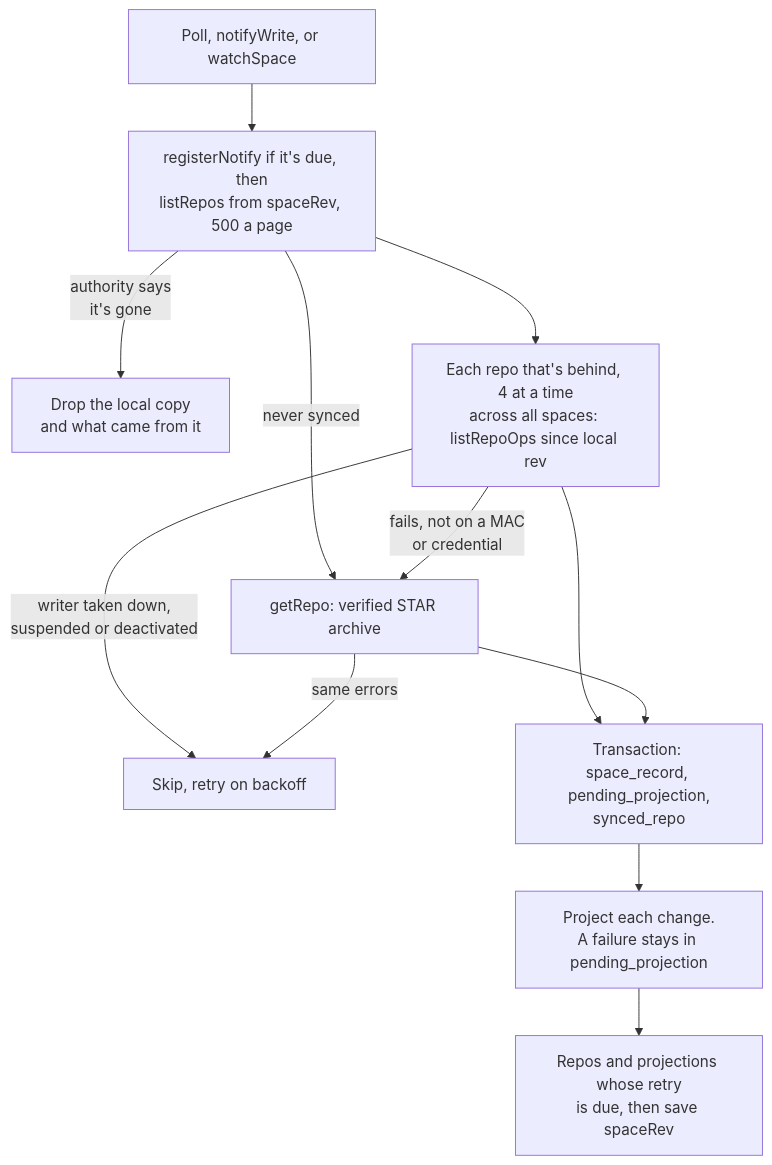
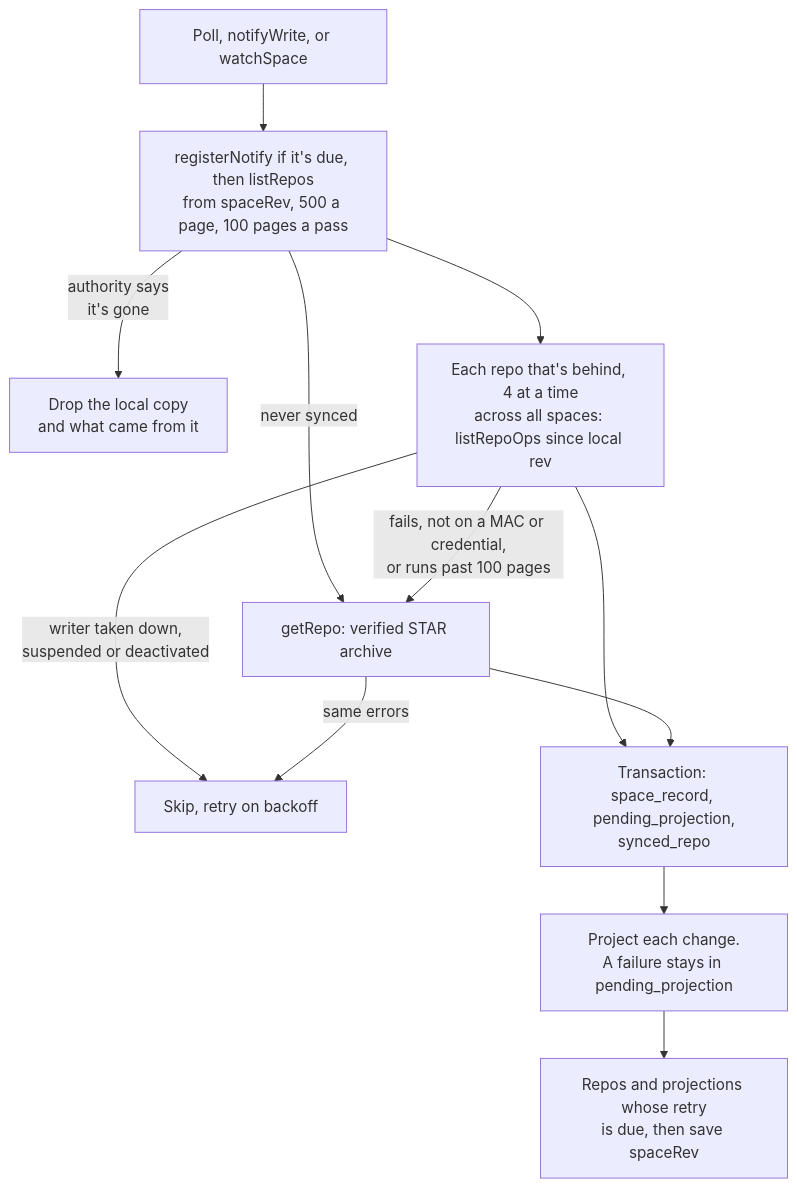
The fourth of 8 diagrams in apps/web/docs/diagrams/spaces.md (cutenode/localnetwork), drawn with Mermaid before and after one commit. The commit also changed 2 other files, not shown here.

Commit message:
fix(web): stop space sync from following a host's cursor forever
Fixes LOC-670.

````diff
--- a/apps/web/docs/diagrams/spaces.md
+++ b/apps/web/docs/diagrams/spaces.md
@@ -90,14 +90,14 @@
 ```mermaid
 flowchart TD
-  Trigger["Poll, notifyWrite, or watchSpace"] --> List["registerNotify if it's due, then<br/>listRepos from spaceRev, 500 a page"]
+  Trigger["Poll, notifyWrite, or watchSpace"] --> List["registerNotify if it's due, then listRepos<br/>from spaceRev, 500 a page, 100 pages a pass"]
   List -- "authority says<br/>it's gone" --> Drop["Drop the local copy<br/>and what came from it"]
   List --> Ops["Each repo that's behind, 4 at a time<br/>across all spaces: listRepoOps since local rev"]
   List -- "never synced" --> Star["getRepo: verified STAR archive"]
-  Ops -- "fails, not on a MAC<br/>or credential" --> Star
+  Ops -- "fails, not on a MAC or credential,<br/>or runs past 100 pages" --> Star
   Ops -- "writer taken down,<br/>suspended or deactivated" --> Skip["Skip, retry on backoff"]
   Star -- "same errors" --> Skip
   Ops --> Apply["Transaction: space_record, pending_projection,<br/>synced_repo"]
   Star --> Apply
   Apply --> Project["Project each change.<br/>A failure stays in pending_projection"]
   Project --> Due["Repos and projections whose retry<br/>is due, then save spaceRev"]
 ```
````
